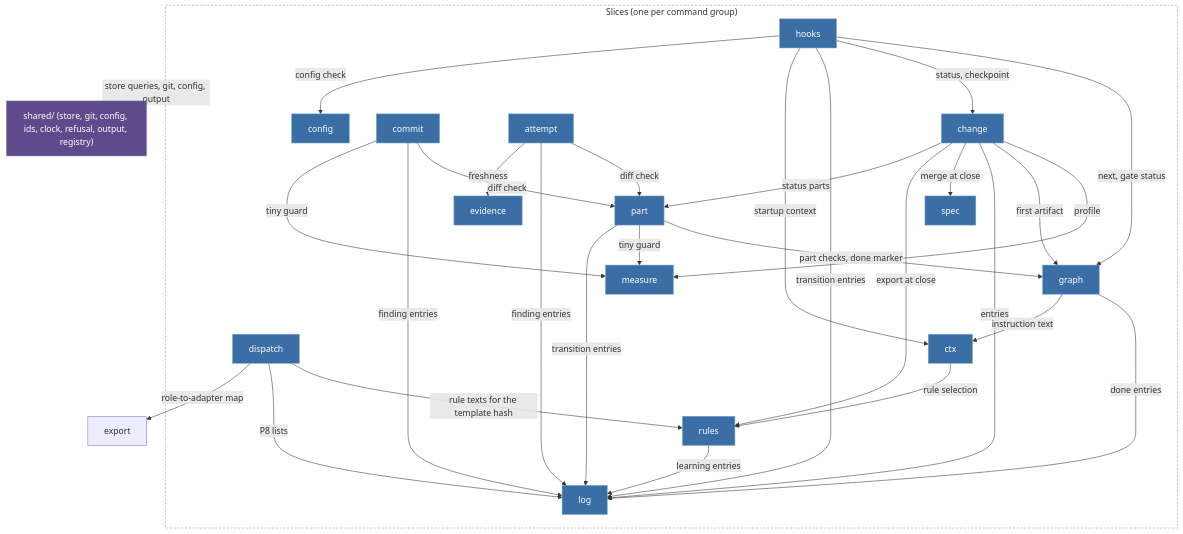
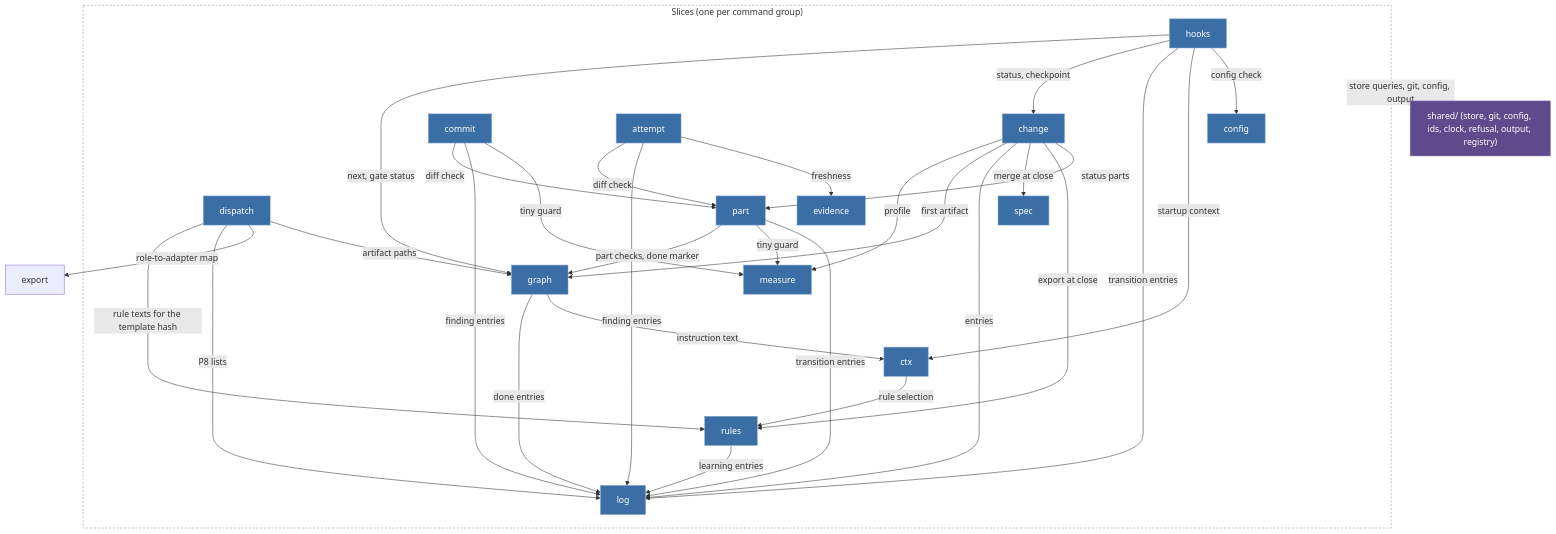
Before and after one commit to broneq/bdk: the diagram in openspec/changes/v3-t23b-dispatch-envelope/specs/kernel-architecture/spec.md, drawn with Mermaid. The commit also changed other lines of this file and 3 other files, not shown here.

Commit message:
docs(openspec): let dispatch read artifact paths from graph (T23-D37)

````diff
--- a/openspec/changes/v3-t23b-dispatch-envelope/specs/kernel-architecture/spec.md
+++ b/openspec/changes/v3-t23b-dispatch-envelope/specs/kernel-architecture/spec.md
@@ -29,55 +29,56 @@
 ```mermaid
 flowchart TB
     subgraph Slices["Slices (one per command group)"]
         hooks["hooks"]
         change["change"]
         dispatch["dispatch"]
         commit["commit"]
         attempt["attempt"]
         part["part"]
         graphSlice["graph"]
         ctx["ctx"]
         rules["rules"]
         log["log"]
         evidence["evidence"]
         spec["spec"]
         measure["measure"]
         config["config"]
     end
     shared["shared/ (store, git, config, ids, clock, refusal, output, registry)"]
 
     hooks -->|"next, gate status"| graphSlice
     hooks -->|"status, checkpoint"| change
     hooks -->|"transition entries"| log
     hooks -->|"startup context"| ctx
     hooks -->|"config check"| config
     change -->|"profile"| measure
     change -->|"first artifact"| graphSlice
     change -->|"entries"| log
     change -->|"merge at close"| spec
     change -->|"export at close"| rules
     change -->|"status parts"| part
     graphSlice -->|"done entries"| log
     graphSlice -->|"instruction text"| ctx
     part -->|"part checks, done marker"| graphSlice
     part -->|"tiny guard"| measure
     part -->|"transition entries"| log
     attempt -->|"diff check"| part
     attempt -->|"finding entries"| log
     attempt -->|"freshness"| evidence
     commit -->|"diff check"| part
     commit -->|"finding entries"| log
     commit -->|"tiny guard"| measure
     dispatch -->|"rule texts for the template hash"| rules
     dispatch -->|"P8 lists"| log
     dispatch -->|"role-to-adapter map"| export
+    dispatch -->|"artifact paths"| graphSlice
     ctx -->|"rule selection"| rules
     rules -->|"learning entries"| log
     Slices -->|"store queries, git, config, output"| shared
 
     classDef primary fill:#3b6ea5,stroke:#7fa8d0,color:#ffffff
     classDef store fill:#5f4b8b,stroke:#9b8bc4,color:#ffffff
     class hooks,change,dispatch,commit,attempt,part,graphSlice,ctx,rules,log,evidence,spec,measure,config primary
     class shared store
     style Slices fill:transparent,stroke:#8b93a1,stroke-dasharray:4 3
 ```
````
